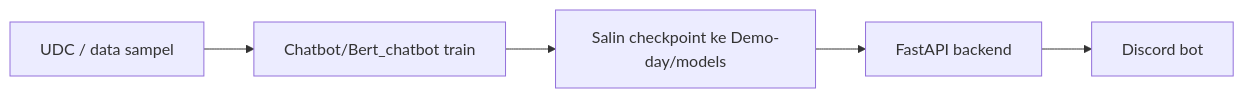
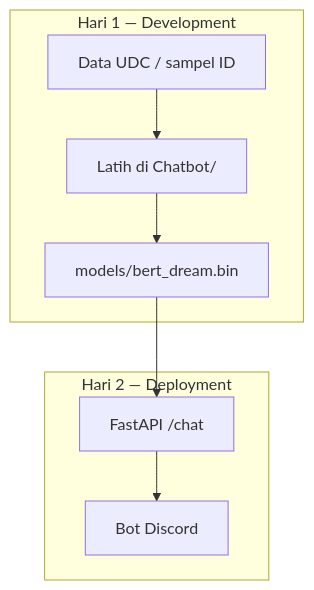
The diagram in Demo-day/README.md (sains-data/praktikum-pemrosesan-bahasa-alami), drawn with Mermaid before and after one commit. The commit also changed other lines of this file and 27 other files, not shown here.

Commit message:
add demo day1-2

````diff
--- a/Demo-day/README.md
+++ b/Demo-day/README.md
@@ -61,7 +54,11 @@
 ```mermaid
-flowchart LR
-  A[UDC / data sampel] --> B[Chatbot/Bert_chatbot train]
-  B --> C[Salin checkpoint ke Demo-day/models]
-  C --> D[FastAPI backend]
-  D --> E[Discord bot]
+flowchart TB
+  subgraph D1 [Hari 1 — Development]
+    A[Data UDC / sampel ID] --> B[Latih di Chatbot/]
+    B --> C[models/bert_dream.bin]
+  end
+  subgraph D2 [Hari 2 — Deployment]
+    C --> D[FastAPI /chat]
+    D --> E[Bot Discord]
+  end
 ```
````
